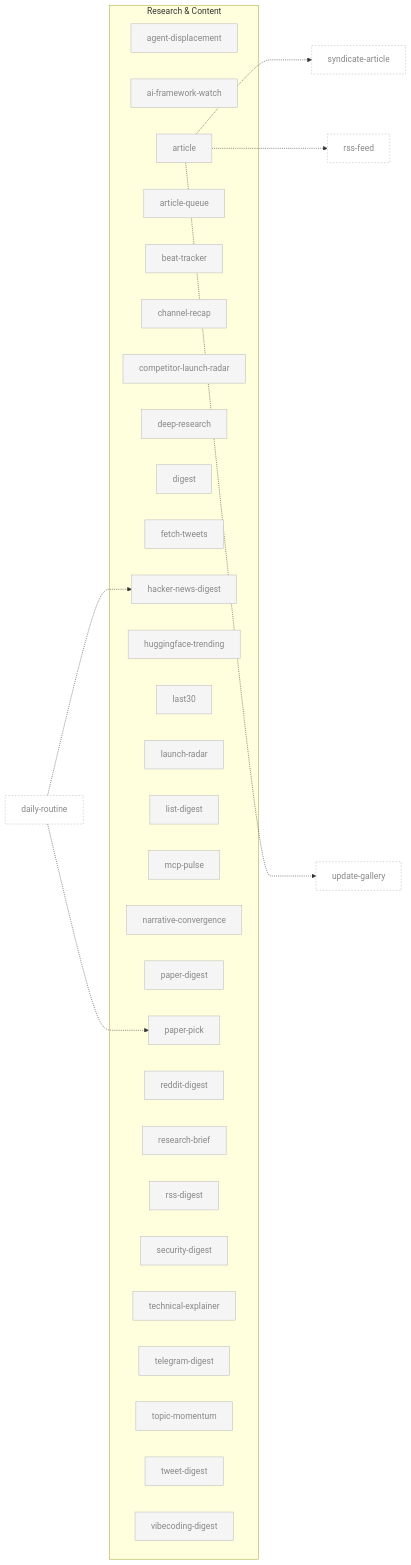
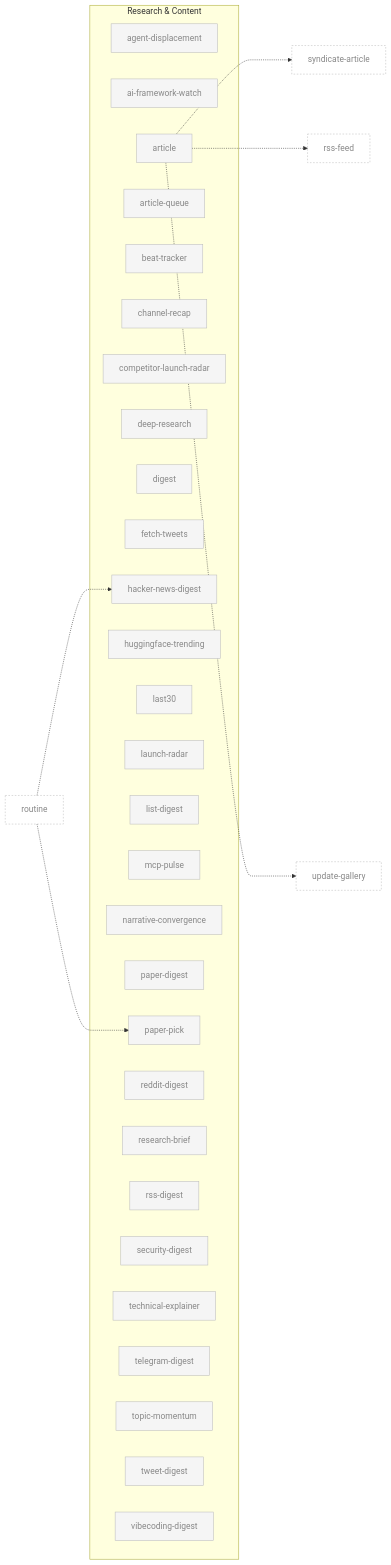
One commit to aeonfun/aeon changed the fourth of 10 diagrams in docs/skill-graph.md. Above: the diagram before and after it, drawn with Mermaid. The commit also changed other lines of this file and 28 other files, not shown here.

First line of the commit message:
refactor(skills)!: rename temporal skill slugs to cadence-neutral names

````diff
--- a/docs/skill-graph.md
+++ b/docs/skill-graph.md
@@ -155,80 +155,80 @@
 ```mermaid
 flowchart LR
     subgraph research ["Research & Content"]
         agent-displacement[agent-displacement]
         ai-framework-watch[ai-framework-watch]
         article[article]
         article-queue[article-queue]
         beat-tracker[beat-tracker]
         channel-recap[channel-recap]
         competitor-launch-radar[competitor-launch-radar]
         deep-research[deep-research]
         digest[digest]
         fetch-tweets[fetch-tweets]
         hacker-news-digest[hacker-news-digest]
         huggingface-trending[huggingface-trending]
         last30[last30]
         launch-radar[launch-radar]
         list-digest[list-digest]
         mcp-pulse[mcp-pulse]
         narrative-convergence[narrative-convergence]
         paper-digest[paper-digest]
         paper-pick[paper-pick]
         reddit-digest[reddit-digest]
         research-brief[research-brief]
         rss-digest[rss-digest]
         security-digest[security-digest]
         technical-explainer[technical-explainer]
         telegram-digest[telegram-digest]
         topic-momentum[topic-momentum]
         tweet-digest[tweet-digest]
         vibecoding-digest[vibecoding-digest]
     end
 
-    daily-routine[daily-routine]:::external
+    routine[routine]:::external
     rss-feed[rss-feed]:::external
     syndicate-article[syndicate-article]:::external
     update-gallery[update-gallery]:::external
 
-    daily-routine -.-> paper-pick
-    daily-routine -.-> hacker-news-digest
+    routine -.-> paper-pick
+    routine -.-> hacker-news-digest
     article -..-> syndicate-article
     article -..-> rss-feed
     article -..-> update-gallery
 
     classDef default fill:#f5f5f5,stroke:#bbb,color:#888
     classDef enabled fill:#fff,stroke:#000,stroke-width:2px,color:#000
     classDef external fill:none,stroke:#bbb,stroke-dasharray:3 3,color:#888
     click agent-displacement "../skills/agent-displacement/SKILL.md"
     click ai-framework-watch "../skills/ai-framework-watch/SKILL.md"
     click article "../skills/article/SKILL.md"
     click article-queue "../skills/article-queue/SKILL.md"
     click beat-tracker "../skills/beat-tracker/SKILL.md"
     click channel-recap "../skills/channel-recap/SKILL.md"
     click competitor-launch-radar "../skills/competitor-launch-radar/SKILL.md"
     click deep-research "../skills/deep-research/SKILL.md"
     click digest "../skills/digest/SKILL.md"
     click fetch-tweets "../skills/fetch-tweets/SKILL.md"
     click hacker-news-digest "../skills/hacker-news-digest/SKILL.md"
     click huggingface-trending "../skills/huggingface-trending/SKILL.md"
     click last30 "../skills/last30/SKILL.md"
     click launch-radar "../skills/launch-radar/SKILL.md"
     click list-digest "../skills/list-digest/SKILL.md"
     click mcp-pulse "../skills/mcp-pulse/SKILL.md"
     click narrative-convergence "../skills/narrative-convergence/SKILL.md"
     click paper-digest "../skills/paper-digest/SKILL.md"
     click paper-pick "../skills/paper-pick/SKILL.md"
     click reddit-digest "../skills/reddit-digest/SKILL.md"
     click research-brief "../skills/research-brief/SKILL.md"
     click rss-digest "../skills/rss-digest/SKILL.md"
     click security-digest "../skills/security-digest/SKILL.md"
     click technical-explainer "../skills/technical-explainer/SKILL.md"
     click telegram-digest "../skills/telegram-digest/SKILL.md"
     click topic-momentum "../skills/topic-momentum/SKILL.md"
     click tweet-digest "../skills/tweet-digest/SKILL.md"
     click vibecoding-digest "../skills/vibecoding-digest/SKILL.md"
-    click daily-routine "../skills/daily-routine/SKILL.md"
+    click routine "../skills/routine/SKILL.md"
     click rss-feed "../skills/rss-feed/SKILL.md"
     click syndicate-article "../skills/syndicate-article/SKILL.md"
     click update-gallery "../skills/update-gallery/SKILL.md"
 ```
````
